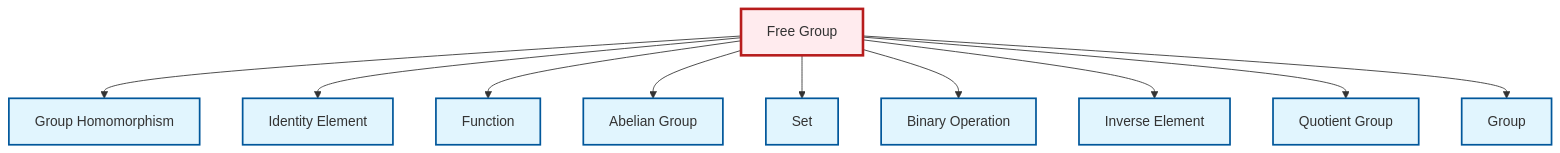
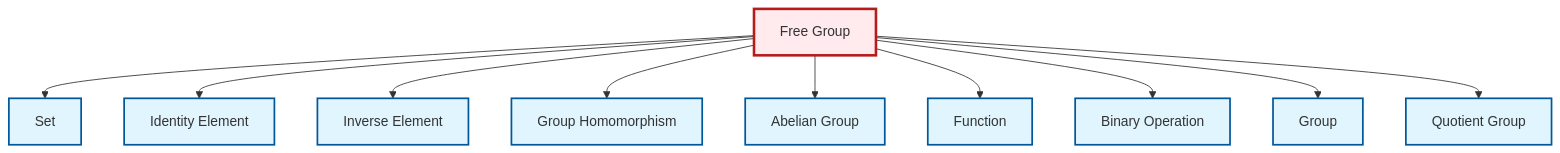
The diagram in output/mermaid/en/def-free-group.mermaid (RK0429/ModernMath), drawn with Mermaid before and after one commit. The commit also changed other lines of this file and 3094 other files, not shown here.

```diff
--- a/output/mermaid/en/def-free-group.mermaid
+++ b/output/mermaid/en/def-free-group.mermaid
@@ -1,26 +1,26 @@
 graph TD
     classDef definition fill:#e1f5fe,stroke:#01579b,stroke-width:2px
     classDef theorem fill:#f3e5f5,stroke:#4a148c,stroke-width:2px
     classDef axiom fill:#fff3e0,stroke:#e65100,stroke-width:2px
     classDef example fill:#e8f5e9,stroke:#1b5e20,stroke-width:2px
     classDef current fill:#ffebee,stroke:#b71c1c,stroke-width:3px
+    def-function["Function"]:::definition
+    def-homomorphism["Group Homomorphism"]:::definition
+    def-set["Set"]:::definition
+    def-free-group["Free Group"]:::definition
+    def-identity-element["Identity Element"]:::definition
     def-group["Group"]:::definition
-    def-set["Set"]:::definition
-    def-identity-element["Identity Element"]:::definition
+    def-binary-operation["Binary Operation"]:::definition
     def-abelian-group["Abelian Group"]:::definition
-    def-function["Function"]:::definition
-    def-free-group["Free Group"]:::definition
     def-quotient-group["Quotient Group"]:::definition
-    def-binary-operation["Binary Operation"]:::definition
     def-inverse-element["Inverse Element"]:::definition
-    def-homomorphism["Group Homomorphism"]:::definition
+    def-free-group --> def-set
+    def-free-group --> def-identity-element
+    def-free-group --> def-inverse-element
     def-free-group --> def-homomorphism
-    def-free-group --> def-identity-element
+    def-free-group --> def-abelian-group
     def-free-group --> def-function
-    def-free-group --> def-abelian-group
-    def-free-group --> def-set
     def-free-group --> def-binary-operation
-    def-free-group --> def-inverse-element
+    def-free-group --> def-group
     def-free-group --> def-quotient-group
-    def-free-group --> def-group
     class def-free-group current
```
